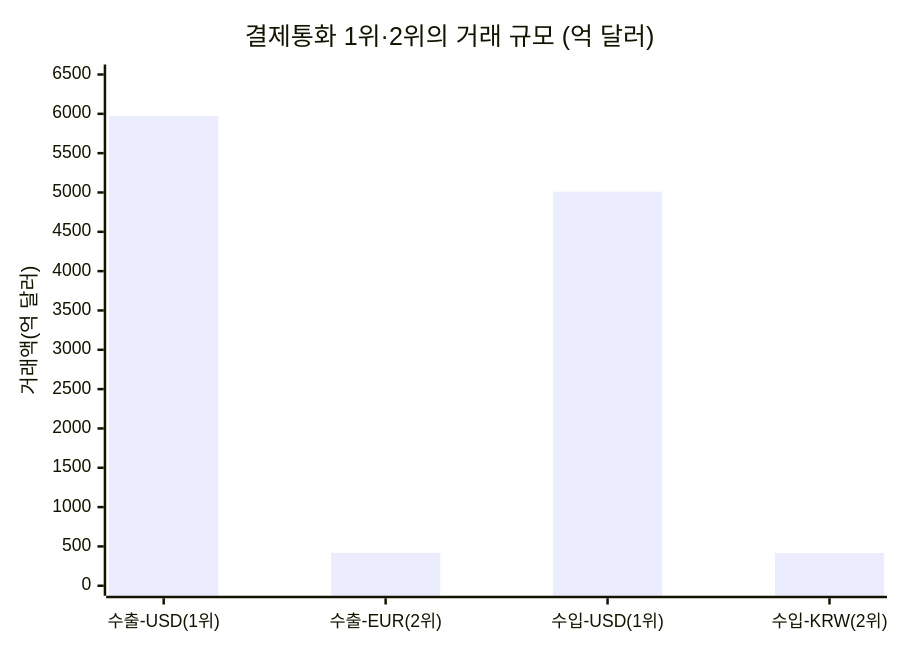
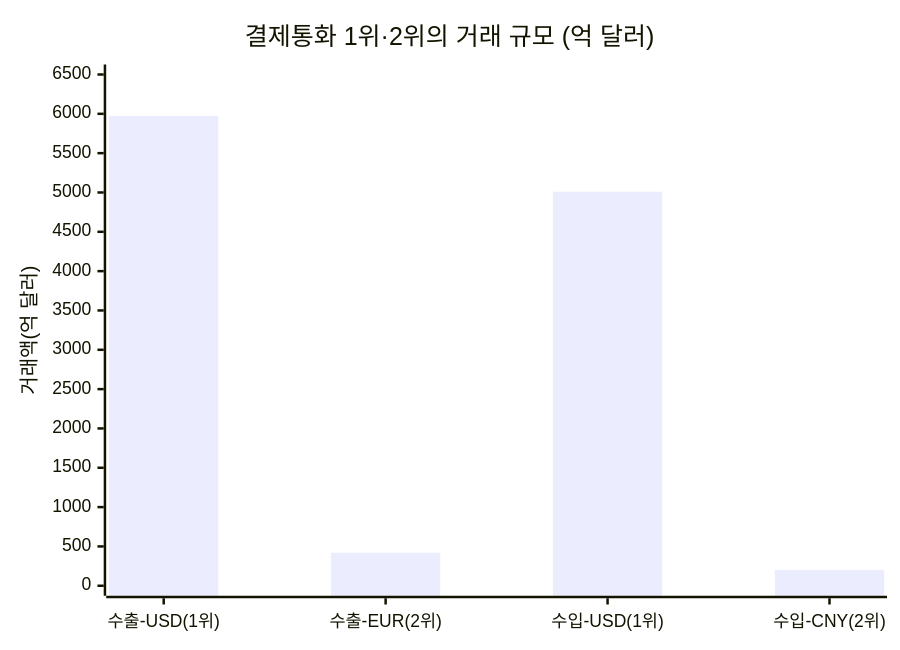
Before and after one commit to jennie-brain/business-analysis-frameworks: the third of 5 diagrams in 04_TAM-SAM-SOM_마켓세그먼트/06_6단계_반복적정제.md, drawn with Mermaid. The commit also changed other lines of this file, not shown here.

First line of the commit message:
6단계 통화 비교에서 원화(KRW)를 제외

````diff
--- a/04_TAM-SAM-SOM_마켓세그먼트/06_6단계_반복적정제.md
+++ b/04_TAM-SAM-SOM_마켓세그먼트/06_6단계_반복적정제.md
@@ -41,7 +41,7 @@
 ```mermaid
 xychart-beta
     title "결제통화 1위·2위의 거래 규모 (억 달러)"
-    x-axis ["수출-USD(1위)", "수출-EUR(2위)", "수입-USD(1위)", "수입-KRW(2위)"]
+    x-axis ["수출-USD(1위)", "수출-EUR(2위)", "수입-USD(1위)", "수입-CNY(2위)"]
     y-axis "거래액(억 달러)" 0 --> 6500
-    bar [5973, 419, 5010, 417]
+    bar [5973, 419, 5010, 202]
 ```
````
